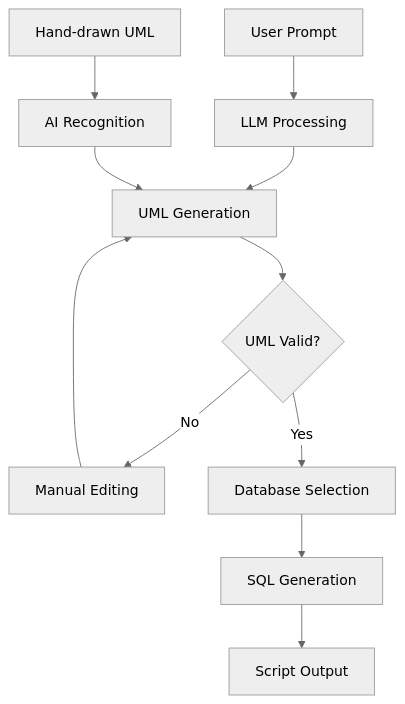
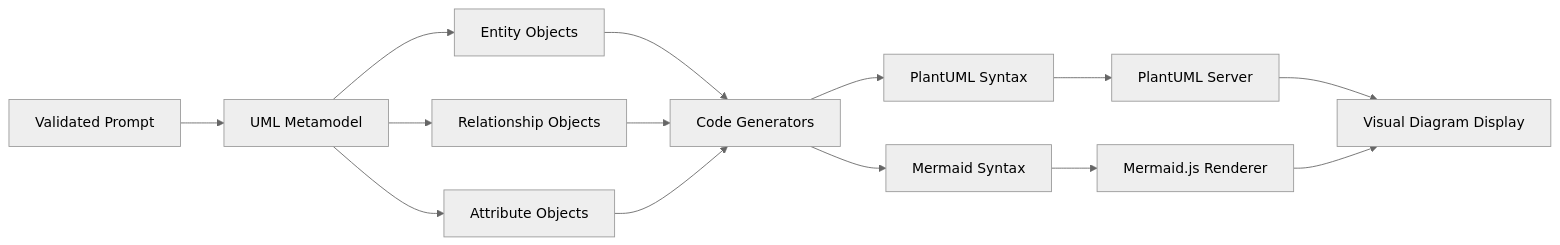
Before and after one commit to yousef-elgarch1/NL2SQL-Designer-: the second of 7 diagrams in README.md, drawn with Mermaid (neutral theme). The commit also changed other lines of this file, not shown here.

````diff
--- a/README.md
+++ b/README.md
@@ -118,14 +241,20 @@
 ```mermaid
-graph TD
-    A[User Prompt] --> B[LLM Processing]
-    B --> C[UML Generation]
-    C --> D{UML Valid?}
-    D -->|No| E[Manual Editing]
-    E --> C
-    D -->|Yes| F[Database Selection]
-    F --> G[SQL Generation]
-    G --> H[Script Output]
+graph LR
+    A[Validated Prompt] --> B[UML Metamodel]
+    B --> C[Entity Objects]
+    B --> D[Relationship Objects]
+    B --> E[Attribute Objects]
     
-    I[Hand-drawn UML] --> J[AI Recognition]
-    J --> C
+    C --> F[Code Generators]
+    D --> F
+    E --> F
+    
+    F --> G[PlantUML Syntax]
+    F --> H[Mermaid Syntax]
+    
+    G --> I[PlantUML Server]
+    H --> J[Mermaid.js Renderer]
+    
+    I --> K[Visual Diagram Display]
+    J --> K
 ```
````
